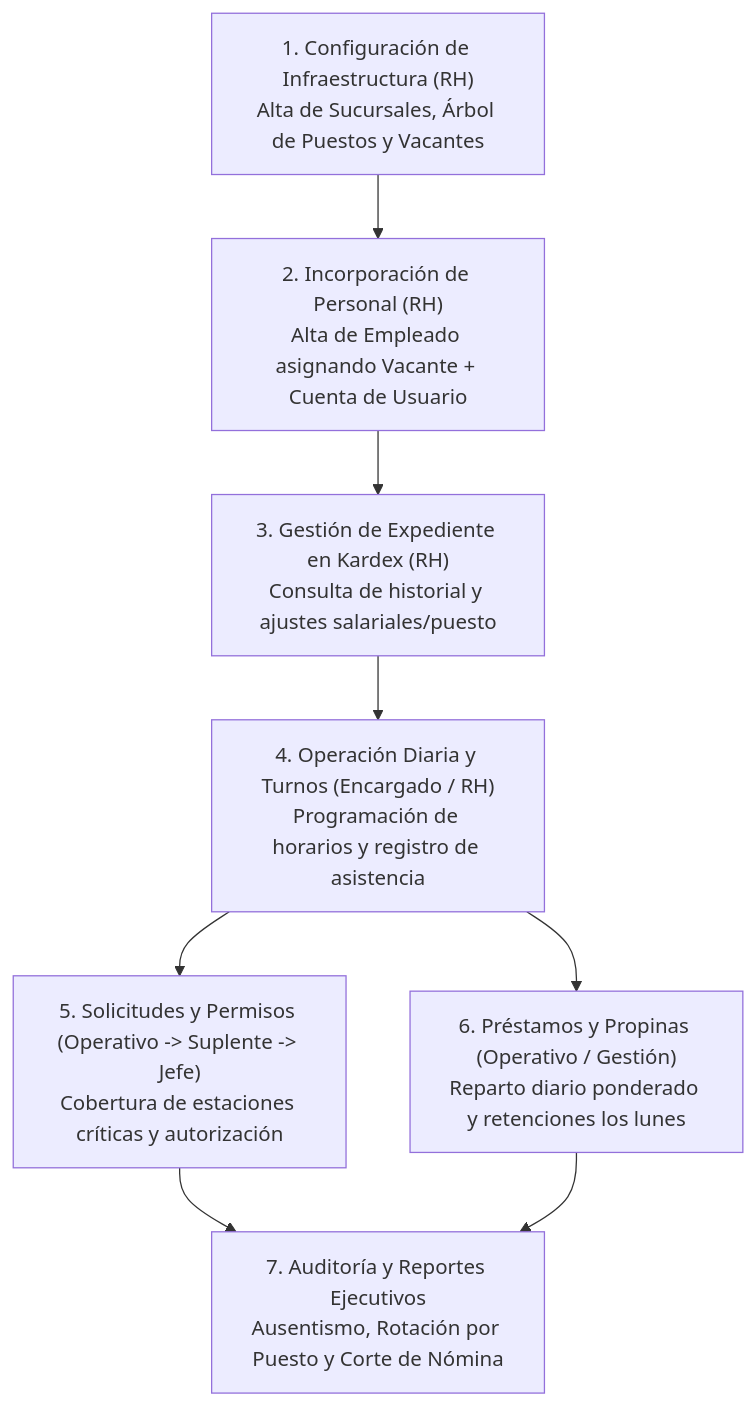
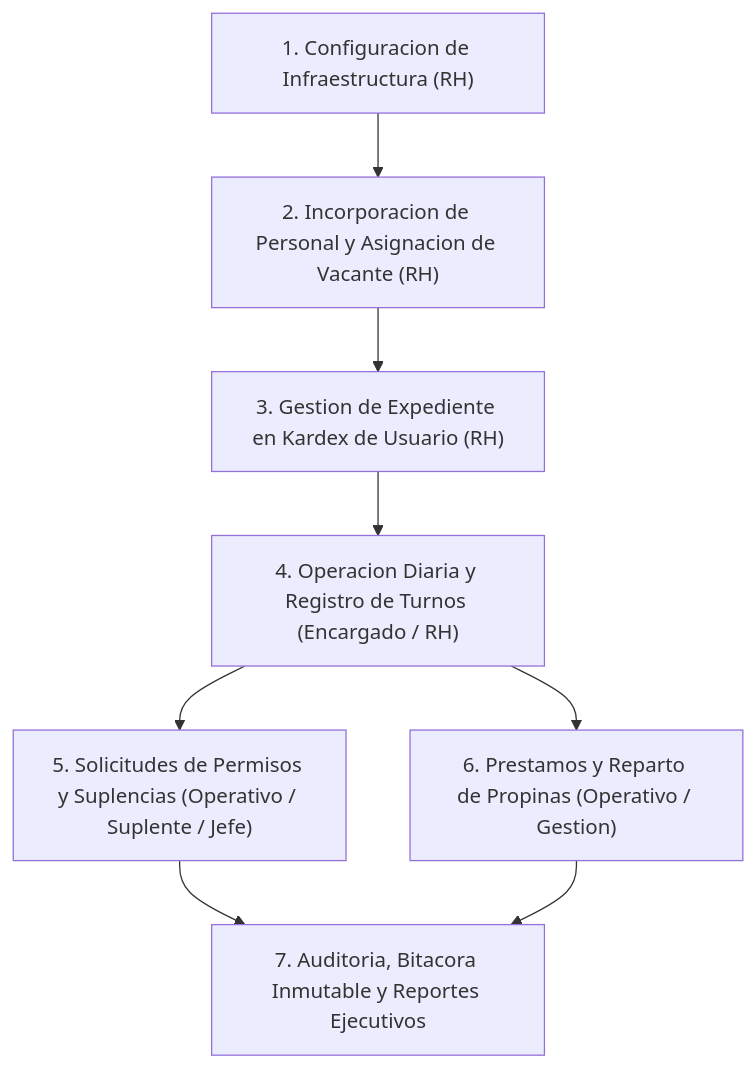
Before and after one commit to ShotOz-Code/api_padron: the third of 4 diagrams in MANUAL_TECNICO_Y_FLUJO.md, drawn with Mermaid. The commit also changed other lines of this file and 1 other file, not shown here.

Commit message:
docs: actualizar documentacion del frontend, manual tecnico y flujo operativo con diagramas corregidos

````diff
--- a/MANUAL_TECNICO_Y_FLUJO.md
+++ b/MANUAL_TECNICO_Y_FLUJO.md
@@ -145,10 +145,10 @@
 ```mermaid
 flowchart TD
-    A["1. Configuración de Infraestructura (RH)\nAlta de Sucursales, Árbol de Puestos y Vacantes"] --> B["2. Incorporación de Personal (RH)\nAlta de Empleado asignando Vacante + Cuenta de Usuario"]
-    B --> C["3. Gestión de Expediente en Kardex (RH)\nConsulta de historial y ajustes salariales/puesto"]
-    C --> D["4. Operación Diaria y Turnos (Encargado / RH)\nProgramación de horarios y registro de asistencia"]
-    D --> E["5. Solicitudes y Permisos (Operativo -> Suplente -> Jefe)\nCobertura de estaciones críticas y autorización"]
-    D --> F["6. Préstamos y Propinas (Operativo / Gestión)\nReparto diario ponderado y retenciones los lunes"]
-    E --> G["7. Auditoría y Reportes Ejecutivos\nAusentismo, Rotación por Puesto y Corte de Nómina"]
+    A["1. Configuracion de Infraestructura (RH)"] --> B["2. Incorporacion de Personal y Asignacion de Vacante (RH)"]
+    B --> C["3. Gestion de Expediente en Kardex de Usuario (RH)"]
+    C --> D["4. Operacion Diaria y Registro de Turnos (Encargado / RH)"]
+    D --> E["5. Solicitudes de Permisos y Suplencias (Operativo / Suplente / Jefe)"]
+    D --> F["6. Prestamos y Reparto de Propinas (Operativo / Gestion)"]
+    E --> G["7. Auditoria, Bitacora Inmutable y Reportes Ejecutivos"]
     F --> G
 ```
````
